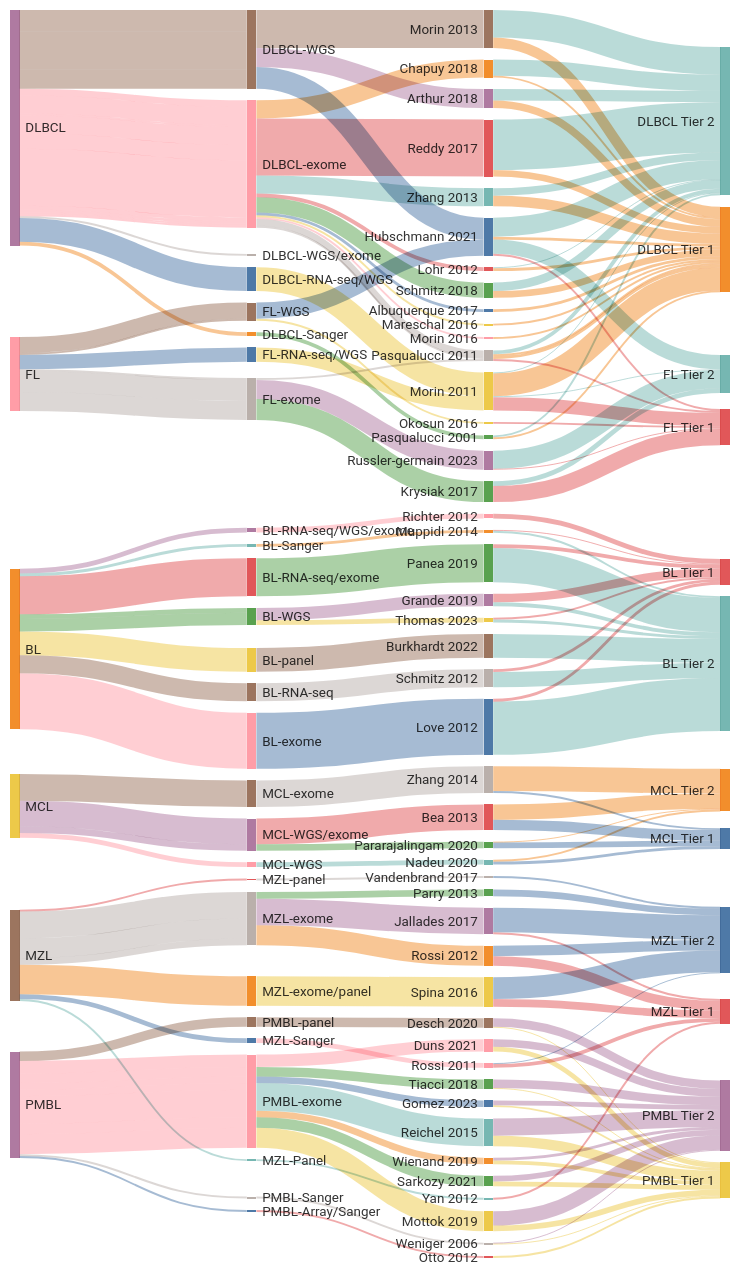
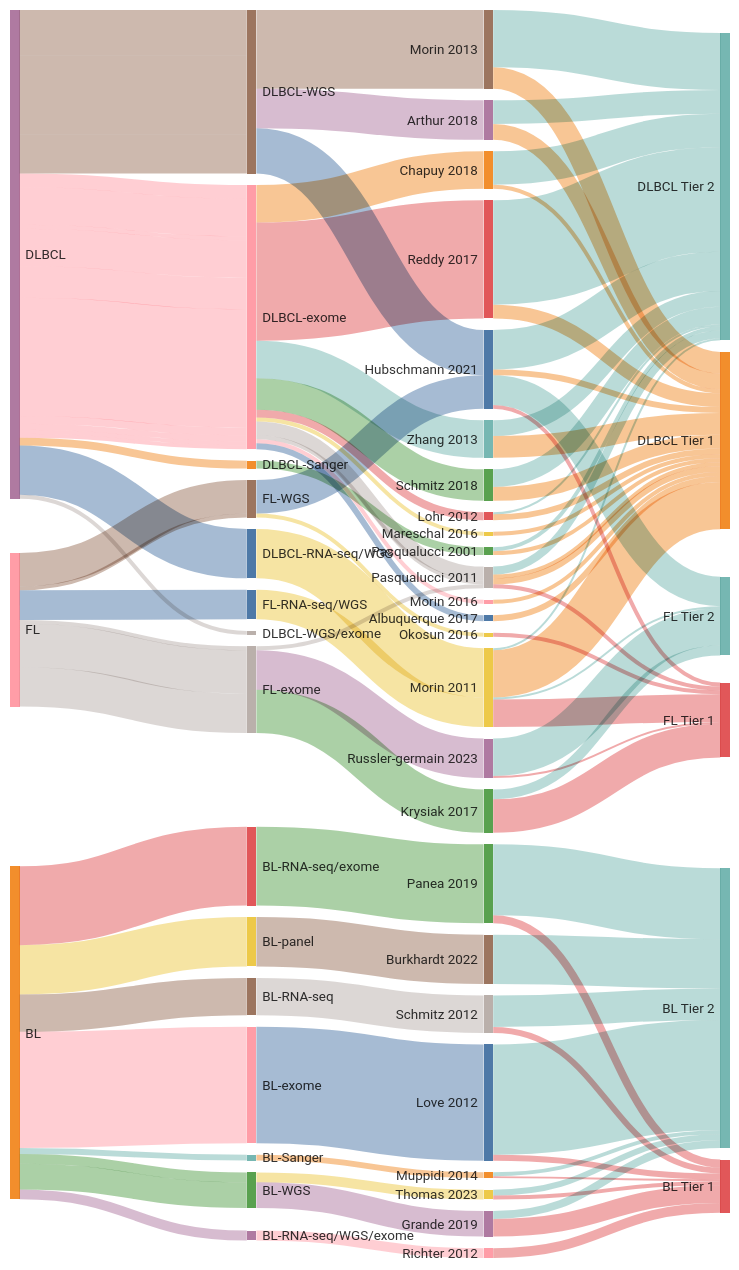
Before and after one commit to morinlab/lymphopedia: the first of 2 diagrams in Home.md, drawn with Mermaid.

````diff
--- a/Home.md
+++ b/Home.md
@@ -135,85 +135,4 @@
 BL-exome, Love 2012, 59
 BL, BL-RNA-seq, 19
 BL-RNA-seq, Schmitz 2012, 19
-Zhang 2014, MCL Tier 1, 2
-Zhang 2014, MCL Tier 2, 26
-Bea 2013, MCL Tier 1, 11
-Bea 2013, MCL Tier 2, 16
-Nadeu 2020, MCL Tier 1, 3
-Nadeu 2020, MCL Tier 2, 2
-Pararajalingam 2020, MCL Tier 1, 6
-Pararajalingam 2020, MCL Tier 2, 1
-MCL, MCL-WGS/exome, 27
-MCL-WGS/exome, Bea 2013, 27
-MCL, MCL-WGS/exome, 7
-MCL-WGS/exome, Pararajalingam 2020, 7
-MCL, MCL-WGS, 5
-MCL-WGS, Nadeu 2020, 5
-MCL, MCL-exome, 28
-MCL-exome, Zhang 2014, 28
-Vandenbrand 2017, MZL Tier 2, 2
-Rossi 2012, MZL Tier 1, 10
-Rossi 2012, MZL Tier 2, 11
-Yan 2012, MZL Tier 1, 2
-Parry 2013, MZL Tier 2, 7
-Spina 2016, MZL Tier 1, 8
-Spina 2016, MZL Tier 2, 23
-Jallades 2017, MZL Tier 1, 2
-Jallades 2017, MZL Tier 2, 26
-Rossi 2011, MZL Tier 1, 4
-Rossi 2011, MZL Tier 2, 1
-MZL, MZL-exome, 28
-MZL-exome, Jallades 2017, 28
-MZL, MZL-Sanger, 5
-MZL-Sanger, Rossi 2011, 5
-MZL, MZL-exome/panel, 31
-MZL-exome/panel, Spina 2016, 31
-MZL, MZL-exome, 21
-MZL-exome, Rossi 2012, 21
-MZL, MZL-panel, 2
-MZL-panel, Vandenbrand 2017, 2
-MZL, MZL-Panel, 2
-MZL-Panel, Yan 2012, 2
-MZL, MZL-exome, 7
-MZL-exome, Parry 2013, 7
-Tiacci 2018, PMBL Tier 1, 1
-Tiacci 2018, PMBL Tier 2, 9
-Duns 2021, PMBL Tier 1, 5
-Duns 2021, PMBL Tier 2, 8
-Desch 2020, PMBL Tier 1, 1
-Desch 2020, PMBL Tier 2, 9
-Weniger 2006, PMBL Tier 1, 1
-Weniger 2006, PMBL Tier 2, 1
-Gomez 2023, PMBL Tier 1, 2
-Gomez 2023, PMBL Tier 2, 5
-Wienand 2019, PMBL Tier 1, 4
-Wienand 2019, PMBL Tier 2, 3
-Otto 2012, PMBL Tier 1, 2
-Reichel 2015, PMBL Tier 1, 11
-Reichel 2015, PMBL Tier 2, 18
-Sarkozy 2021, PMBL Tier 1, 5
-Sarkozy 2021, PMBL Tier 2, 6
-Mottok 2019, PMBL Tier 1, 6
-Mottok 2019, PMBL Tier 2, 15
-PMBL, PMBL-exome, 13
-PMBL-exome, Duns 2021, 13
-PMBL, PMBL-exome, 10
-PMBL-exome, Tiacci 2018, 10
-PMBL, PMBL-panel, 10
-PMBL-panel, Desch 2020, 10
-PMBL, PMBL-exome, 7
-PMBL-exome, Gomez 2023, 7
-PMBL, PMBL-Sanger, 2
-PMBL-Sanger, Weniger 2006, 2
-PMBL, PMBL-exome, 7
-PMBL-exome, Wienand 2019, 7
-PMBL, PMBL-exome, 29
-PMBL-exome, Reichel 2015, 29
-PMBL, PMBL-Array/Sanger, 2
-PMBL-Array/Sanger, Otto 2012, 2
-PMBL, PMBL-exome, 11
-PMBL-exome, Sarkozy 2021, 11
-PMBL, PMBL-exome, 21
-PMBL-exome, Mottok 2019, 21
-
 ```
````
